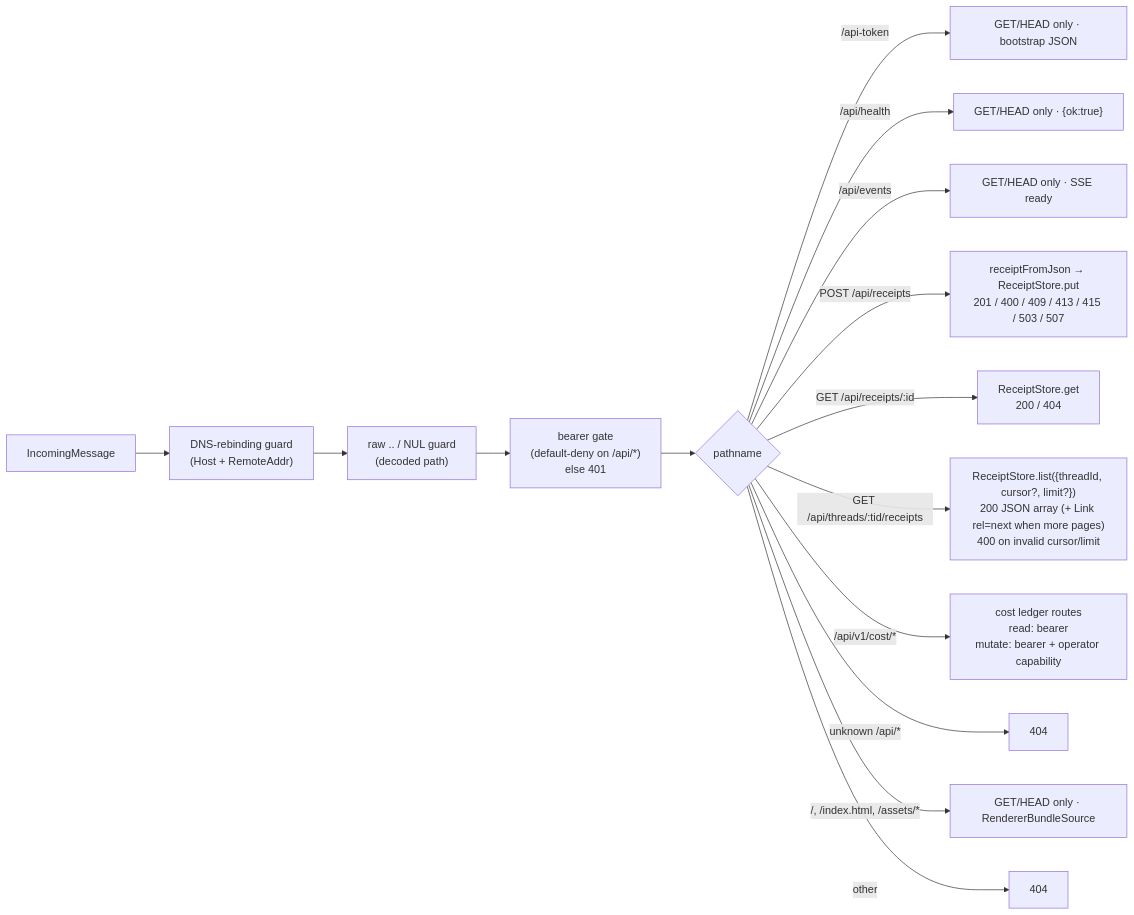
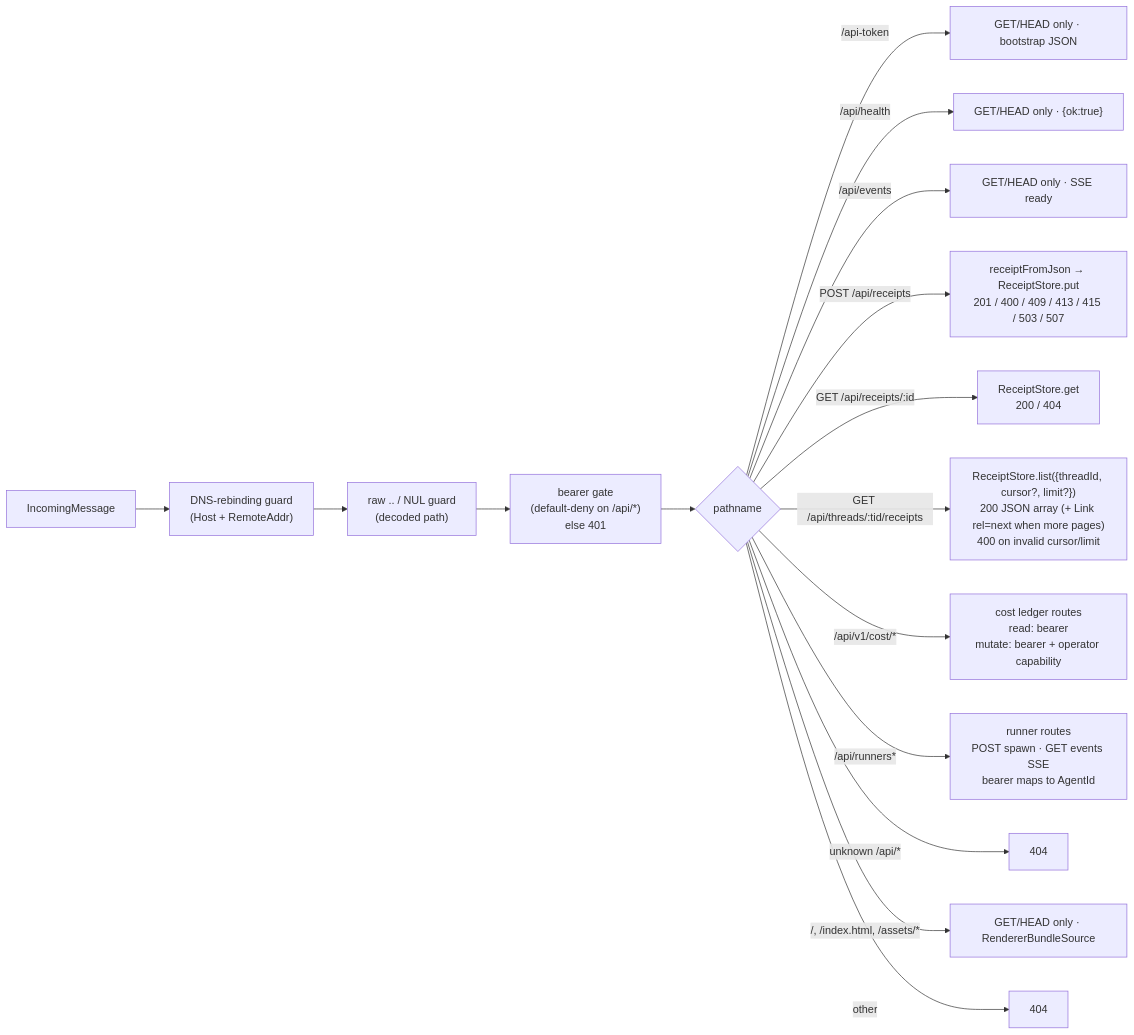
The diagram in packages/broker/docs/modules/listener.md (nex-crm/wuphf), drawn with Mermaid before and after one commit. The commit also changed other lines of this file and 35 other files, not shown here.

````diff
--- a/packages/broker/docs/modules/listener.md
+++ b/packages/broker/docs/modules/listener.md
@@ -17,17 +17,18 @@
 ```mermaid
 flowchart LR
   req["IncomingMessage"] --> guard["DNS-rebinding guard<br/>(Host + RemoteAddr)"]
   guard --> traversal["raw .. / NUL guard<br/>(decoded path)"]
   traversal --> auth["bearer gate<br/>(default-deny on /api/*)<br/>else 401"]
   auth --> dispatch{"pathname"}
   dispatch -- "/api-token" --> bootstrap["GET/HEAD only · bootstrap JSON"]
   dispatch -- "/api/health" --> health["GET/HEAD only · {ok:true}"]
   dispatch -- "/api/events" --> events["GET/HEAD only · SSE ready"]
   dispatch -- "POST /api/receipts" --> create["receiptFromJson → ReceiptStore.put<br/>201 / 400 / 409 / 413 / 415 / 503 / 507"]
   dispatch -- "GET /api/receipts/:id" --> read["ReceiptStore.get<br/>200 / 404"]
   dispatch -- "GET /api/threads/:tid/receipts" --> list["ReceiptStore.list({threadId, cursor?, limit?})<br/>200 JSON array (+ Link rel=next when more pages)<br/>400 on invalid cursor/limit"]
   dispatch -- "/api/v1/cost/*" --> cost["cost ledger routes<br/>read: bearer<br/>mutate: bearer + operator capability"]
+  dispatch -- "/api/runners*" --> runners["runner routes<br/>POST spawn · GET events SSE<br/>bearer maps to AgentId"]
   dispatch -- "unknown /api/*" --> apinotfound["404"]
   dispatch -- "/, /index.html, /assets/*" --> static["GET/HEAD only · RendererBundleSource"]
   dispatch -- "other" --> notfound["404"]
 ```
````
